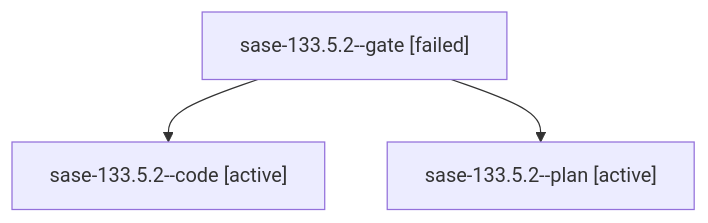
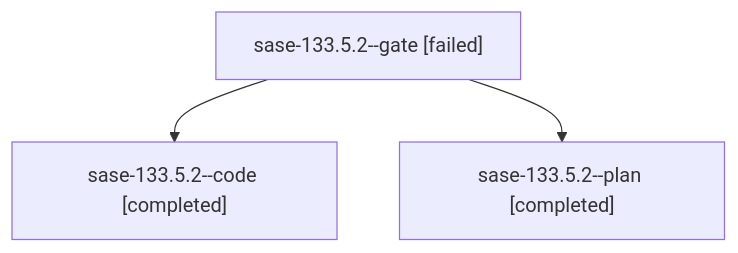
One commit to sase-org/sase--agents changed the diagram in families/bbugyi200.athena.sase-133.5.2.md. Above: the diagram before and after it, drawn with Mermaid. The commit also changed other lines of this file and 75 other files, not shown here.

````diff
--- a/families/bbugyi200.athena.sase-133.5.2.md
+++ b/families/bbugyi200.athena.sase-133.5.2.md
@@ -9,8 +9,8 @@
 ```mermaid
 flowchart TD
   n0["sase-133.5.2--gate [failed]"]
-  n1["sase-133.5.2--code [active]"]
+  n1["sase-133.5.2--code [completed]"]
   n0 --> n1
-  n2["sase-133.5.2--plan [active]"]
+  n2["sase-133.5.2--plan [completed]"]
   n0 --> n2
 ```
````
